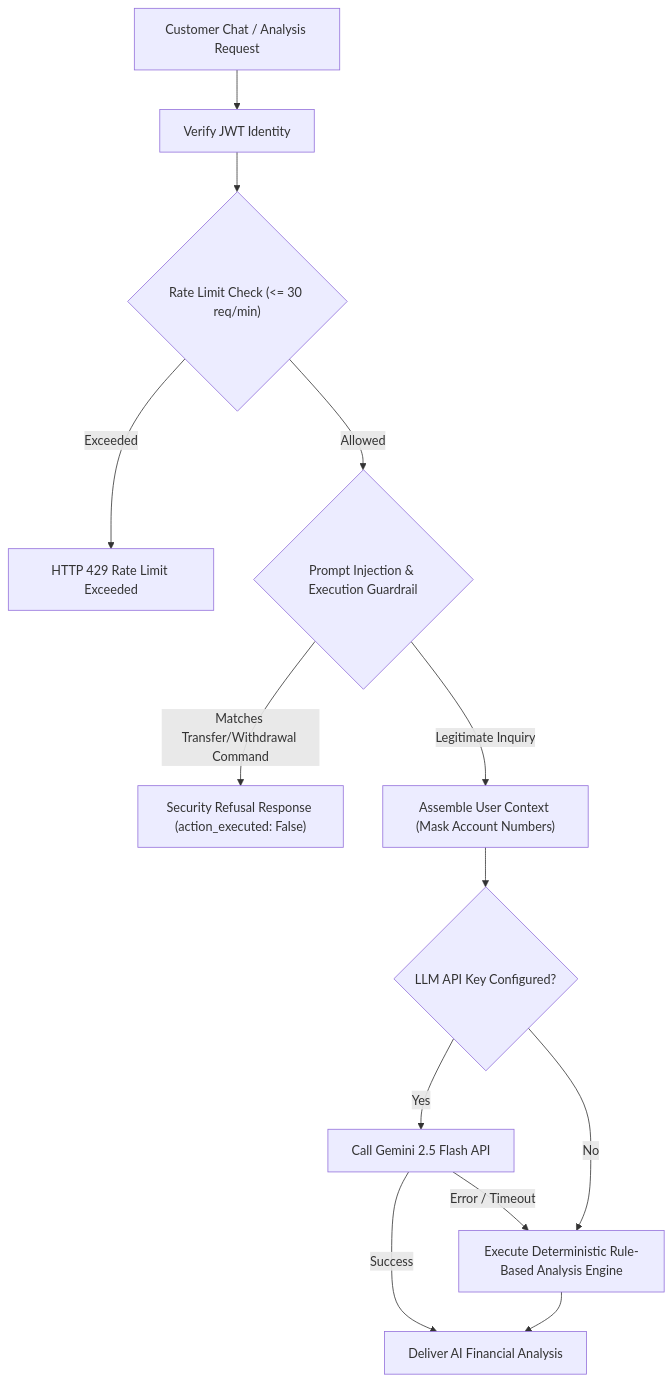
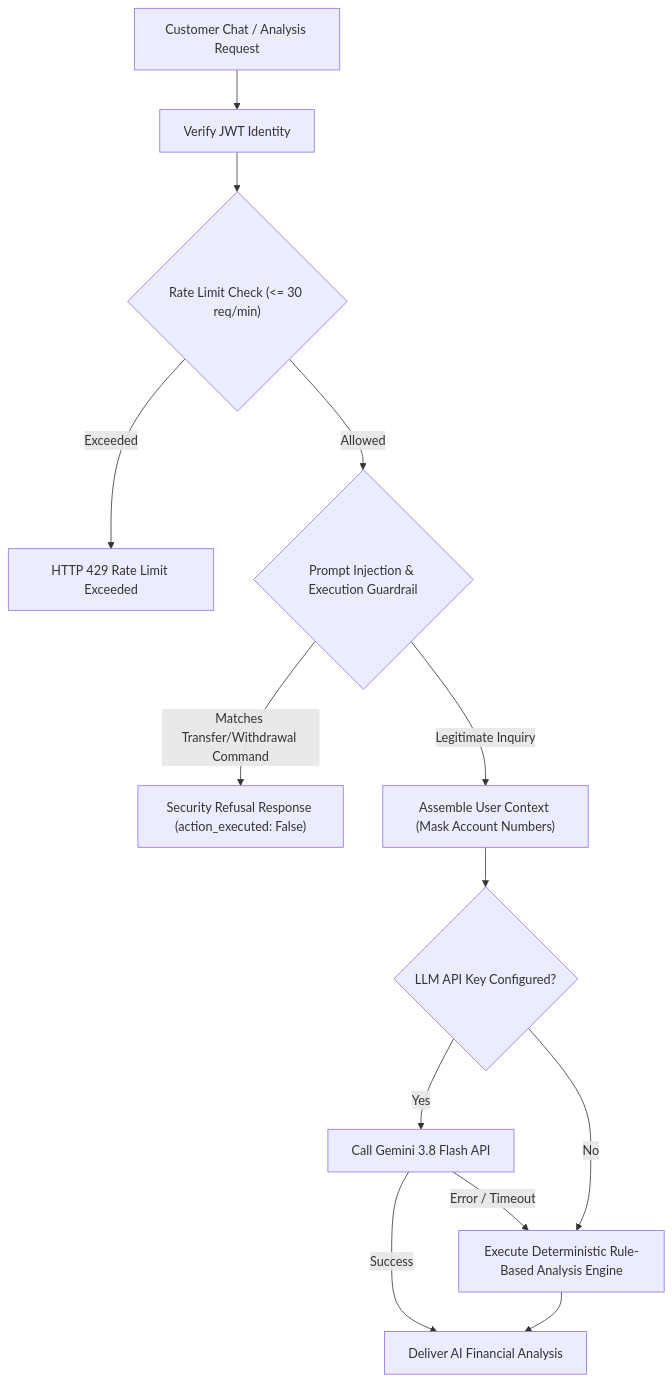
One commit to Karpagavalli-V/Apex changed the fifth of 5 diagrams in docs/SYSTEM_DESIGN.md. Above: the diagram before and after it, drawn with Mermaid. The commit also changed other lines of this file and 5 other files, not shown here.

Commit message:
chore: upgrade to gemini-3.8-flash model

````diff
--- a/docs/SYSTEM_DESIGN.md
+++ b/docs/SYSTEM_DESIGN.md
@@ -230,18 +230,18 @@
 ```mermaid
 flowchart TD
     UserQuery["Customer Chat / Analysis Request"] --> AuthContext["Verify JWT Identity"]
     AuthContext --> RateLimiter{"Rate Limit Check (<= 30 req/min)"}
     
     RateLimiter -->|Exceeded| Error429["HTTP 429 Rate Limit Exceeded"]
     RateLimiter -->|Allowed| Guardrail{"Prompt Injection & Execution Guardrail"}
     
     Guardrail -->|Matches Transfer/Withdrawal Command| Refusal["Security Refusal Response (action_executed: False)"]
     Guardrail -->|Legitimate Inquiry| ContextBuilder["Assemble User Context (Mask Account Numbers)"]
     
     ContextBuilder --> LLMCheck{"LLM API Key Configured?"}
-    LLMCheck -->|Yes| GeminiCall["Call Gemini 2.5 Flash API"]
+    LLMCheck -->|Yes| GeminiCall["Call Gemini 3.8 Flash API"]
     GeminiCall -->|Success| FormattedReply["Deliver AI Financial Analysis"]
     GeminiCall -->|Error / Timeout| Fallback
     LLMCheck -->|No| Fallback["Execute Deterministic Rule-Based Analysis Engine"]
     Fallback --> FormattedReply
 ```
````
